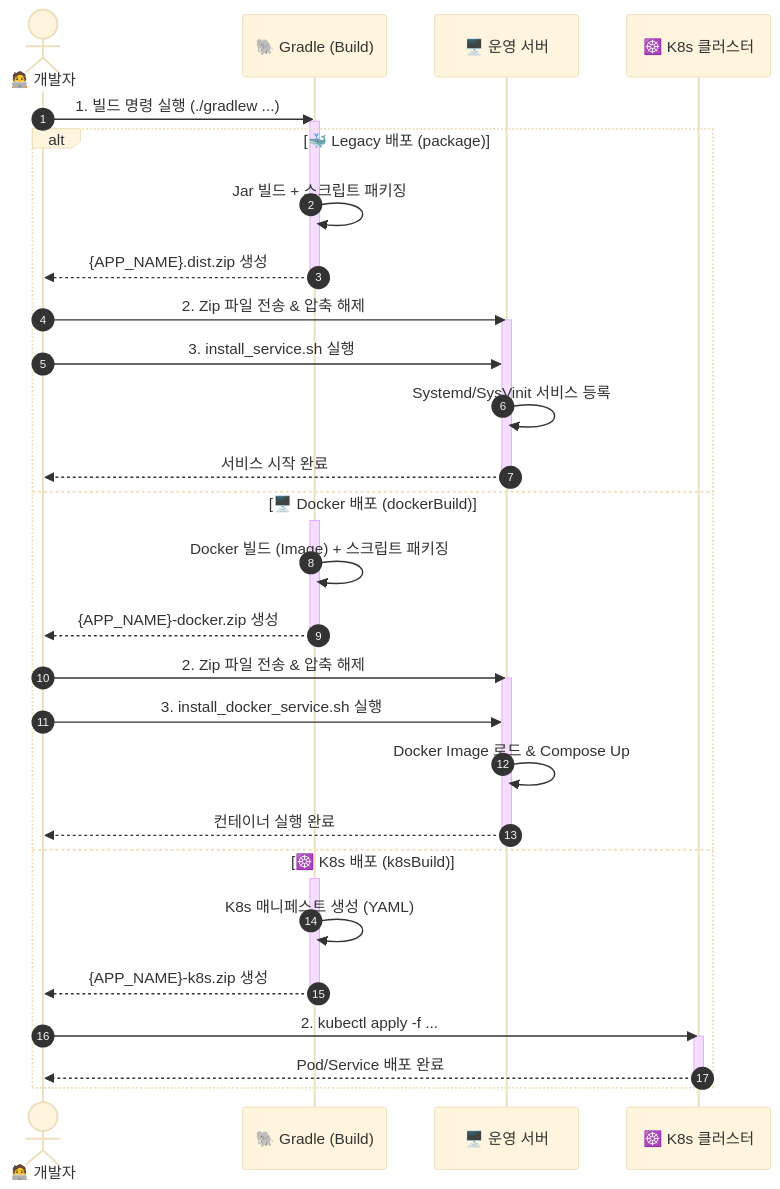
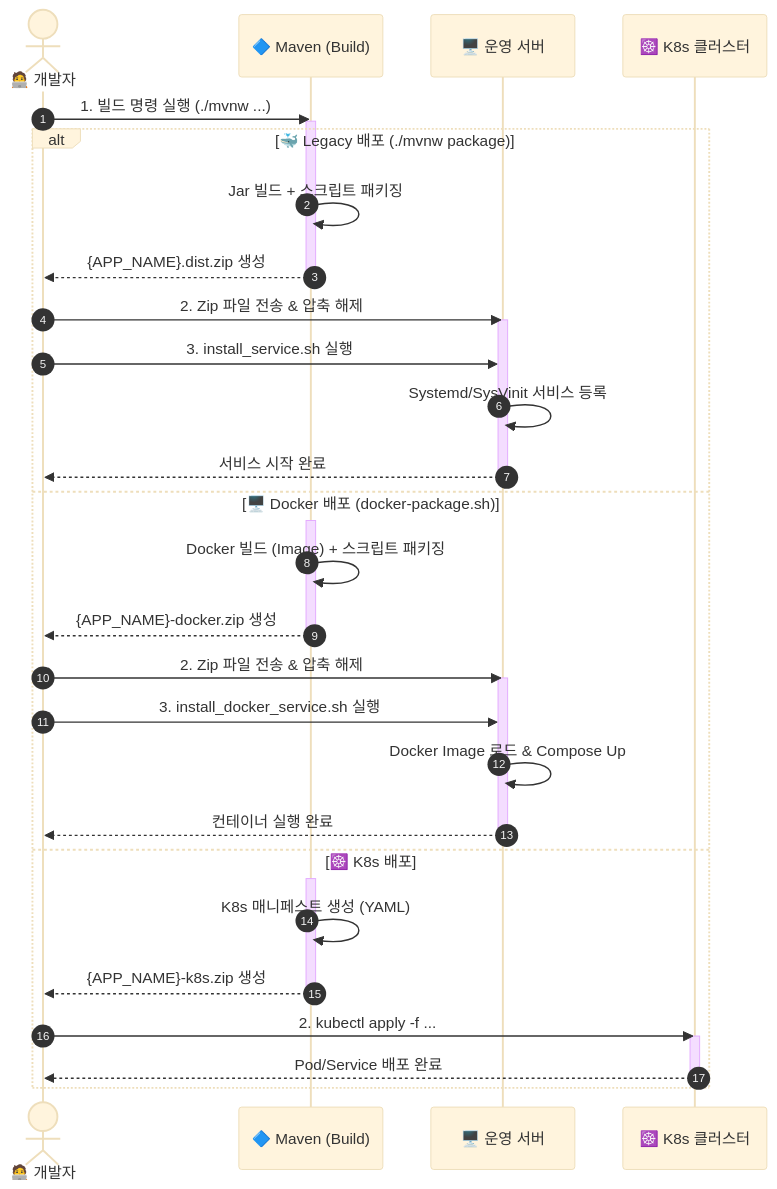
One commit to MJ-Youn/build-template changed the second of 2 diagrams in README.md. Above: the diagram before and after it, drawn with Mermaid (base theme). The commit also changed other lines of this file and 53 other files, not shown here.

````diff
--- a/README.md
+++ b/README.md
@@ -451,45 +452,45 @@
 ```mermaid
 sequenceDiagram
     autonumber
     actor Dev as 🧑‍💻 개발자
-    participant Gradle as 🐘 Gradle (Build)
+    participant Maven as 🔷 Maven (Build)
     participant Server as 🖥️ 운영 서버
     participant K8s as ☸️ K8s 클러스터
 
-    Dev->>Gradle: 1. 빌드 명령 실행 (./gradlew ...)
-    activate Gradle
+    Dev->>Maven: 1. 빌드 명령 실행 (./mvnw ...)
+    activate Maven
 
-    alt 🐳 Legacy 배포 (package)
-        Gradle->>Gradle: Jar 빌드 + 스크립트 패키징
-        Gradle-->>Dev: {APP_NAME}.dist.zip 생성
-        deactivate Gradle
+    alt 🐳 Legacy 배포 (./mvnw package)
+        Maven->>Maven: Jar 빌드 + 스크립트 패키징
+        Maven-->>Dev: {APP_NAME}.dist.zip 생성
+        deactivate Maven
         Dev->>Server: 2. Zip 파일 전송 & 압축 해제
         activate Server
         Dev->>Server: 3. install_service.sh 실행
         Server->>Server: Systemd/SysVinit 서비스 등록
         Server-->>Dev: 서비스 시작 완료
         deactivate Server
 
-    else 🖥️ Docker 배포 (dockerBuild)
-        activate Gradle
-        Gradle->>Gradle: Docker 빌드 (Image) + 스크립트 패키징
-        Gradle-->>Dev: {APP_NAME}-docker.zip 생성
-        deactivate Gradle
+    else 🖥️ Docker 배포 (docker-package.sh)
+        activate Maven
+        Maven->>Maven: Docker 빌드 (Image) + 스크립트 패키징
+        Maven-->>Dev: {APP_NAME}-docker.zip 생성
+        deactivate Maven
         Dev->>Server: 2. Zip 파일 전송 & 압축 해제
         activate Server
         Dev->>Server: 3. install_docker_service.sh 실행
         Server->>Server: Docker Image 로드 & Compose Up
         Server-->>Dev: 컨테이너 실행 완료
         deactivate Server
 
-    else ☸️ K8s 배포 (k8sBuild)
-        activate Gradle
-        Gradle->>Gradle: K8s 매니페스트 생성 (YAML)
-        Gradle-->>Dev: {APP_NAME}-k8s.zip 생성
-        deactivate Gradle
+    else ☸️ K8s 배포
+        activate Maven
+        Maven->>Maven: K8s 매니페스트 생성 (YAML)
+        Maven-->>Dev: {APP_NAME}-k8s.zip 생성
+        deactivate Maven
         Dev->>K8s: 2. kubectl apply -f ...
         activate K8s
         K8s-->>Dev: Pod/Service 배포 완료
         deactivate K8s
     end
 ```
````
